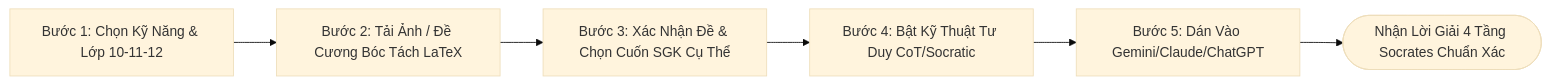
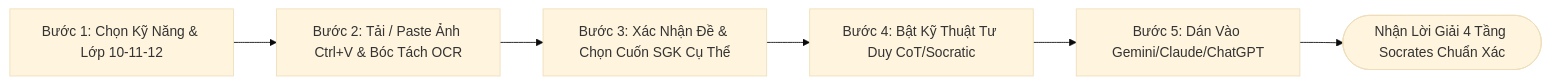
Before and after one commit to Wothing0406/EduSkills-VN: the diagram in docs/08_USER_GUIDE_HUONG_DAN_SU_DUNG.md, drawn with Mermaid (base theme). The commit also changed other lines of this file and 5 other files, not shown here.

Commit message:
feat: OCR backend, multi-domain parser (math, physics, chemistry, literature), clipboard paste Ctrl+V, 4-pillar intent-driven prompt

````diff
--- a/docs/08_USER_GUIDE_HUONG_DAN_SU_DUNG.md
+++ b/docs/08_USER_GUIDE_HUONG_DAN_SU_DUNG.md
@@ -21,8 +21,8 @@
 ```mermaid
 flowchart LR
-    A[Bước 1: Chọn Kỹ Năng & Lớp 10-11-12] --> B[Bước 2: Tải Ảnh / Đề Cương Bóc Tách LaTeX]
+    A[Bước 1: Chọn Kỹ Năng & Lớp 10-11-12] --> B[Bước 2: Tải / Paste Ảnh Ctrl+V & Bóc Tách OCR]
     B --> C[Bước 3: Xác Nhận Đề & Chọn Cuốn SGK Cụ Thể]
     C --> D[Bước 4: Bật Kỹ Thuật Tư Duy CoT/Socratic]
     D --> E[Bước 5: Dán Vào Gemini/Claude/ChatGPT]
     E --> F([Nhận Lời Giải 4 Tầng Socrates Chuẩn Xác])
 ```
````
